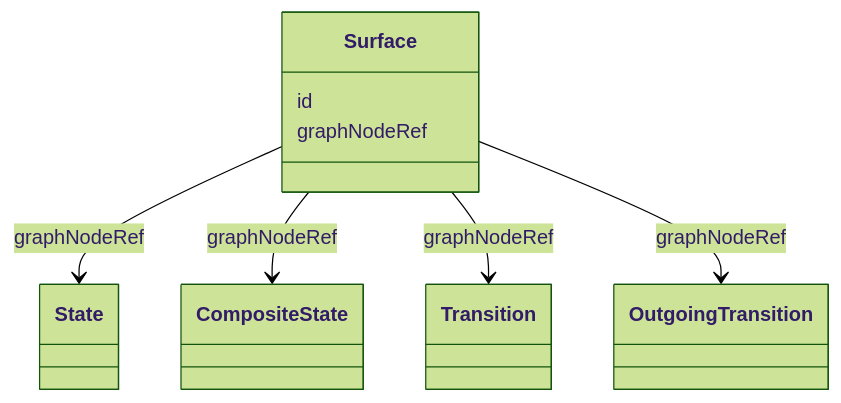
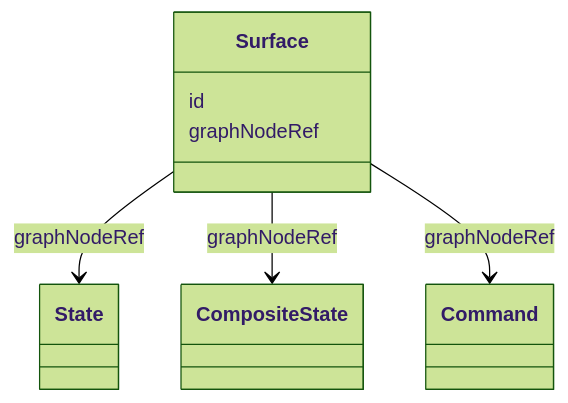
Before and after one commit to openuji/spec-ujg: the third of 4 diagrams in specs/ed/surface/index.md, drawn with Mermaid (forest theme). The commit also changed other lines of this file and 48 other files, not shown here.

Commit message:
spec and skills update for command node

````diff
--- a/specs/ed/surface/index.md
+++ b/specs/ed/surface/index.md
@@ -182,15 +195,13 @@
 ```mermaid
 classDiagram
   class State
   class CompositeState
-  class Transition
-  class OutgoingTransition
+  class Command
   class Surface {
     id
     graphNodeRef
   }
   Surface --> State : graphNodeRef
   Surface --> CompositeState : graphNodeRef
-  Surface --> Transition : graphNodeRef
-  Surface --> OutgoingTransition : graphNodeRef
+  Surface --> Command : graphNodeRef
 ```
````
